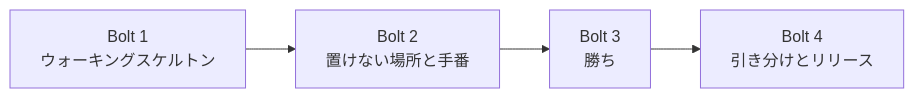
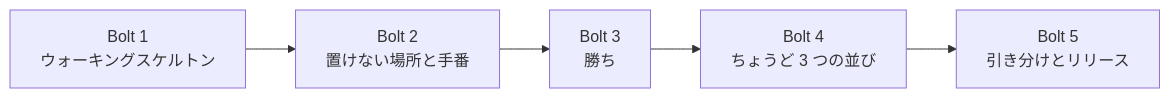
One commit to k2works/sdd-handson-go-board changed the second of 2 diagrams in docs/development/goboard/release_plan.md. Above: the diagram before and after it, drawn with Mermaid. The commit also changed other lines of this file and 5 other files, not shown here.

````diff
--- a/docs/development/goboard/release_plan.md
+++ b/docs/development/goboard/release_plan.md
@@ -81,6 +82,7 @@
 ```mermaid
 graph LR
     B1[Bolt 1<br>ウォーキングスケルトン] --> B2[Bolt 2<br>置けない場所と手番]
     B2 --> B3[Bolt 3<br>勝ち]
-    B3 --> B4[Bolt 4<br>引き分けとリリース]
+    B3 --> B4[Bolt 4<br>ちょうど 3 つの並び]
+    B4 --> B5[Bolt 5<br>引き分けとリリース]
 ```
````
